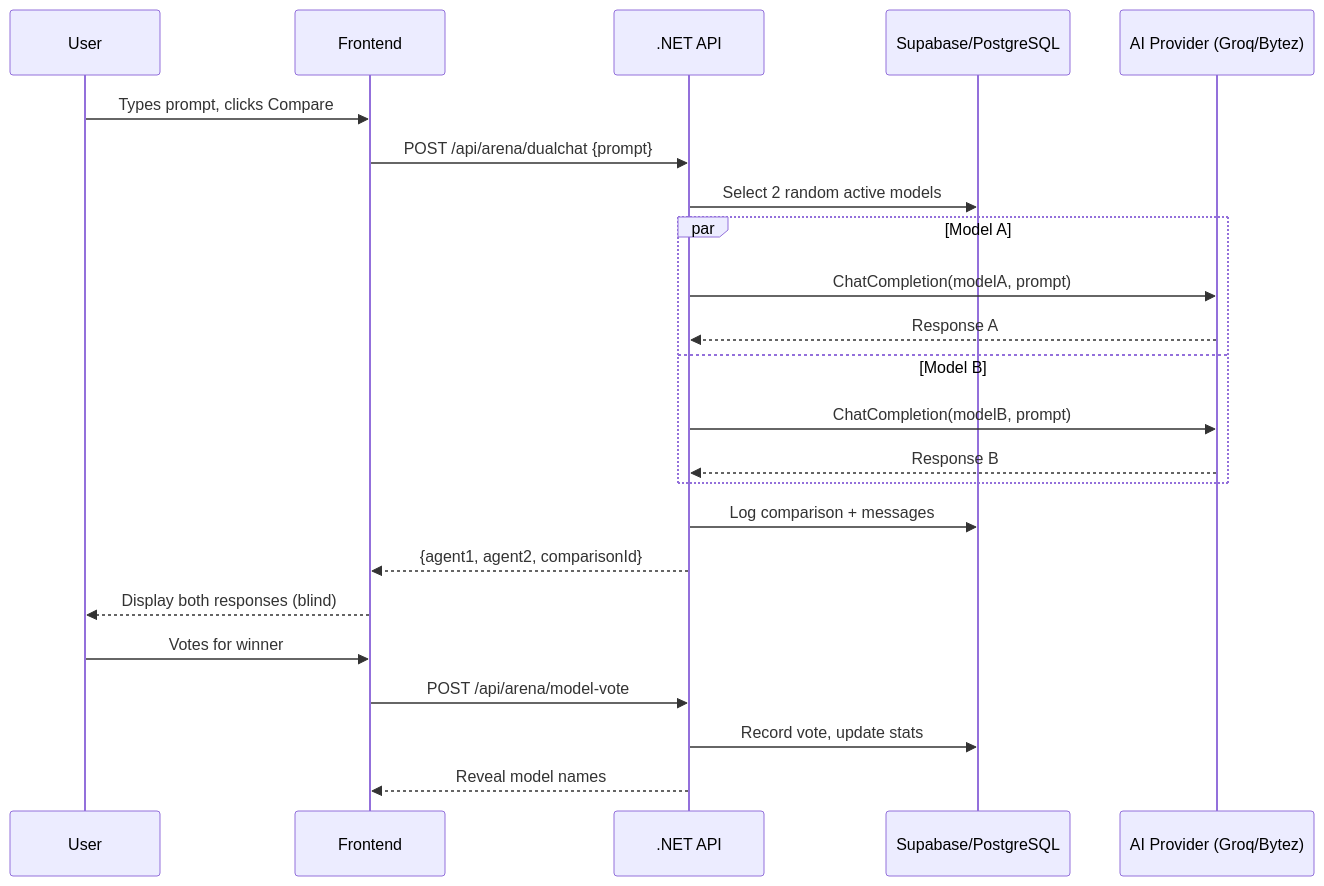
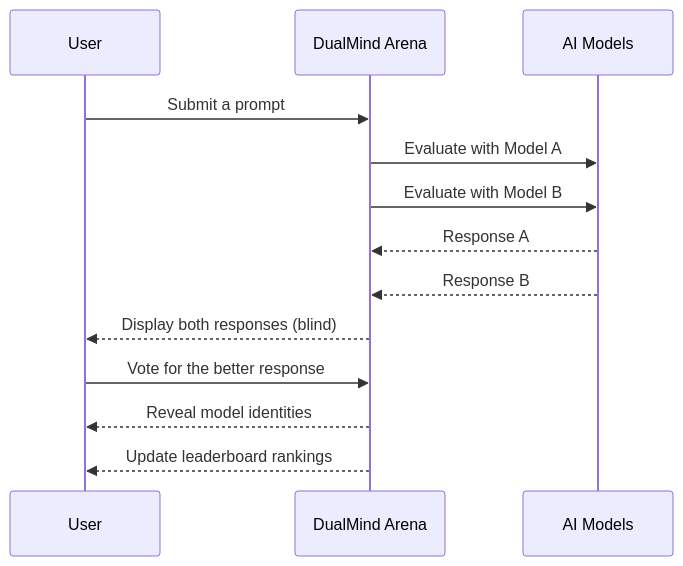
Before and after one commit to dualmindlabs/arena-docs: the diagram in welcome.mdx, drawn with Mermaid. The commit also changed other lines of this file and 69 other files, not shown here.

````diff
--- a/welcome.mdx
+++ b/welcome.mdx
@@ -88,26 +44,16 @@
 ```mermaid
 sequenceDiagram
     participant User
-    participant Frontend
-    participant Backend as .NET API
-    participant DB as Supabase/PostgreSQL
-    participant AI as AI Provider (Groq/Bytez)
+    participant Arena as DualMind Arena
+    participant AI as AI Models
 
-    User->>Frontend: Types prompt, clicks Compare
-    Frontend->>Backend: POST /api/arena/dualchat {prompt}
-    Backend->>DB: Select 2 random active models
-    par Model A
-        Backend->>AI: ChatCompletion(modelA, prompt)
-        AI-->>Backend: Response A
-    and Model B
-        Backend->>AI: ChatCompletion(modelB, prompt)
-        AI-->>Backend: Response B
-    end
-    Backend->>DB: Log comparison + messages
-    Backend-->>Frontend: {agent1, agent2, comparisonId}
-    Frontend-->>User: Display both responses (blind)
-    User->>Frontend: Votes for winner
-    Frontend->>Backend: POST /api/arena/model-vote
-    Backend->>DB: Record vote, update stats
-    Backend-->>Frontend: Reveal model names
+    User->>Arena: Submit a prompt
+    Arena->>AI: Evaluate with Model A
+    Arena->>AI: Evaluate with Model B
+    AI-->>Arena: Response A
+    AI-->>Arena: Response B
+    Arena-->>User: Display both responses (blind)
+    User->>Arena: Vote for the better response
+    Arena-->>User: Reveal model identities
+    Arena-->>User: Update leaderboard rankings
 ```
````
